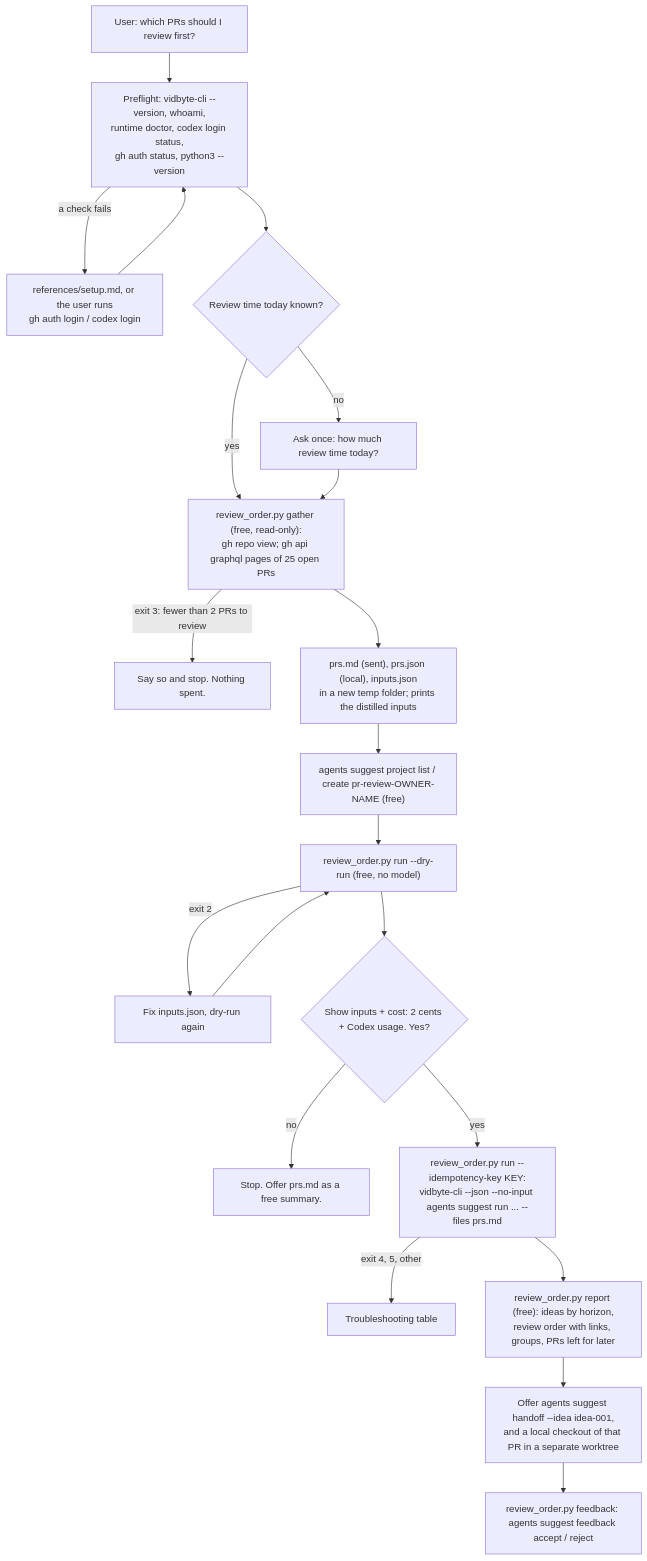
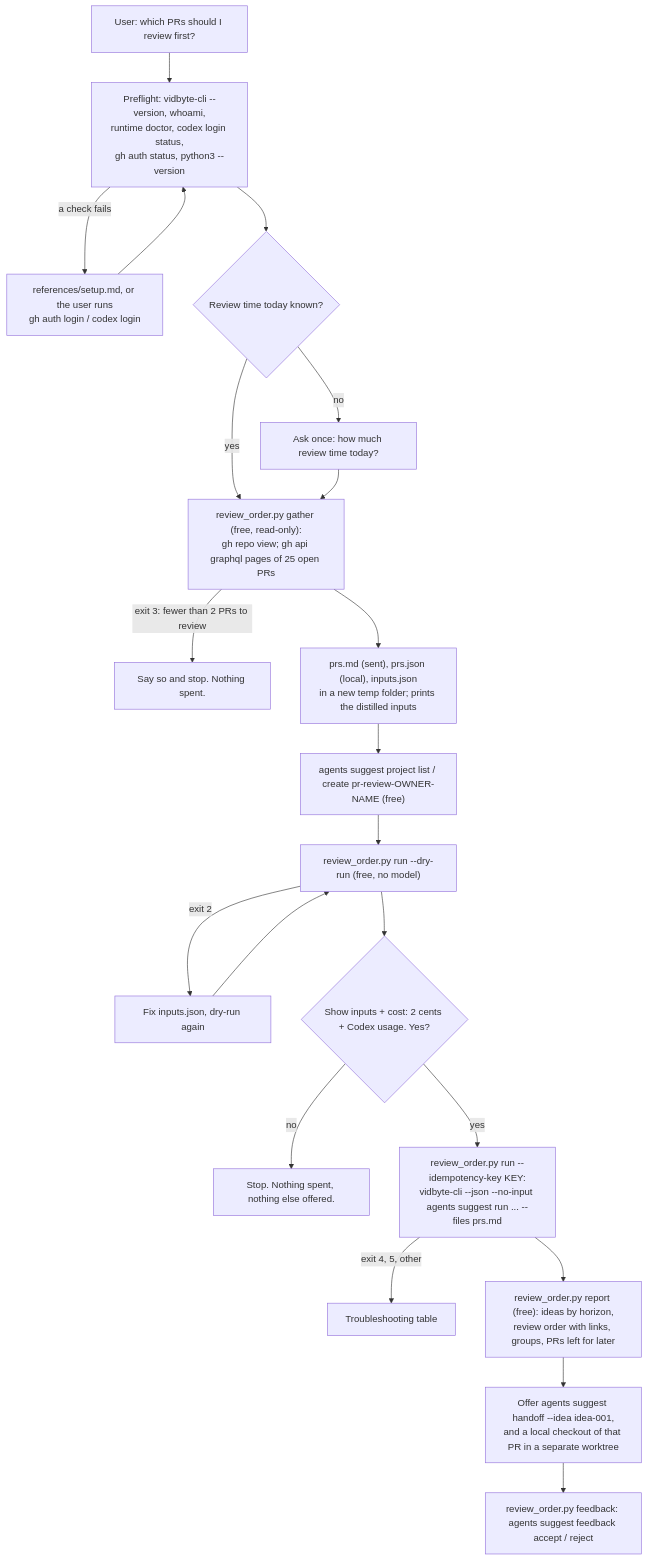
Before and after one commit to cerredz/vidbyte-cli: the diagram in docs/design/which-pr-to-review-first.md, drawn with Mermaid. The commit also changed 69 other files, not shown here.

````diff
--- a/docs/design/which-pr-to-review-first.md
+++ b/docs/design/which-pr-to-review-first.md
@@ -32,21 +32,21 @@
 ```mermaid
 flowchart TD
     A["User: which PRs should I review first?"] --> B["Preflight: vidbyte-cli --version, whoami,<br/>runtime doctor, codex login status,<br/>gh auth status, python3 --version"]
     B -->|a check fails| S["references/setup.md, or the user runs<br/>gh auth login / codex login"] --> B
     B --> C{"Review time today known?"}
     C -->|no| C1["Ask once: how much review time today?"]
     C -->|yes| D
     C1 --> D["review_order.py gather (free, read-only):<br/>gh repo view; gh api graphql pages of 25 open PRs"]
     D -->|exit 3: fewer than 2 PRs to review| N["Say so and stop. Nothing spent."]
     D --> E["prs.md (sent), prs.json (local), inputs.json<br/>in a new temp folder; prints the distilled inputs"]
     E --> F["agents suggest project list / create pr-review-OWNER-NAME (free)"]
     F --> G["review_order.py run --dry-run (free, no model)"]
     G -->|exit 2| G2["Fix inputs.json, dry-run again"] --> G
     G --> H{"Show inputs + cost: 2 cents + Codex usage. Yes?"}
-    H -->|no| Z["Stop. Offer prs.md as a free summary."]
+    H -->|no| Z["Stop. Nothing spent, nothing else offered."]
     H -->|yes| I["review_order.py run --idempotency-key KEY:<br/>vidbyte-cli --json --no-input agents suggest run ... --files prs.md"]
     I -->|exit 4, 5, other| T["Troubleshooting table"]
     I --> J["review_order.py report (free): ideas by horizon,<br/>review order with links, groups, PRs left for later"]
     J --> K["Offer agents suggest handoff --idea idea-001,<br/>and a local checkout of that PR in a separate worktree"]
     K --> L["review_order.py feedback: agents suggest feedback accept / reject"]
 ```
````
